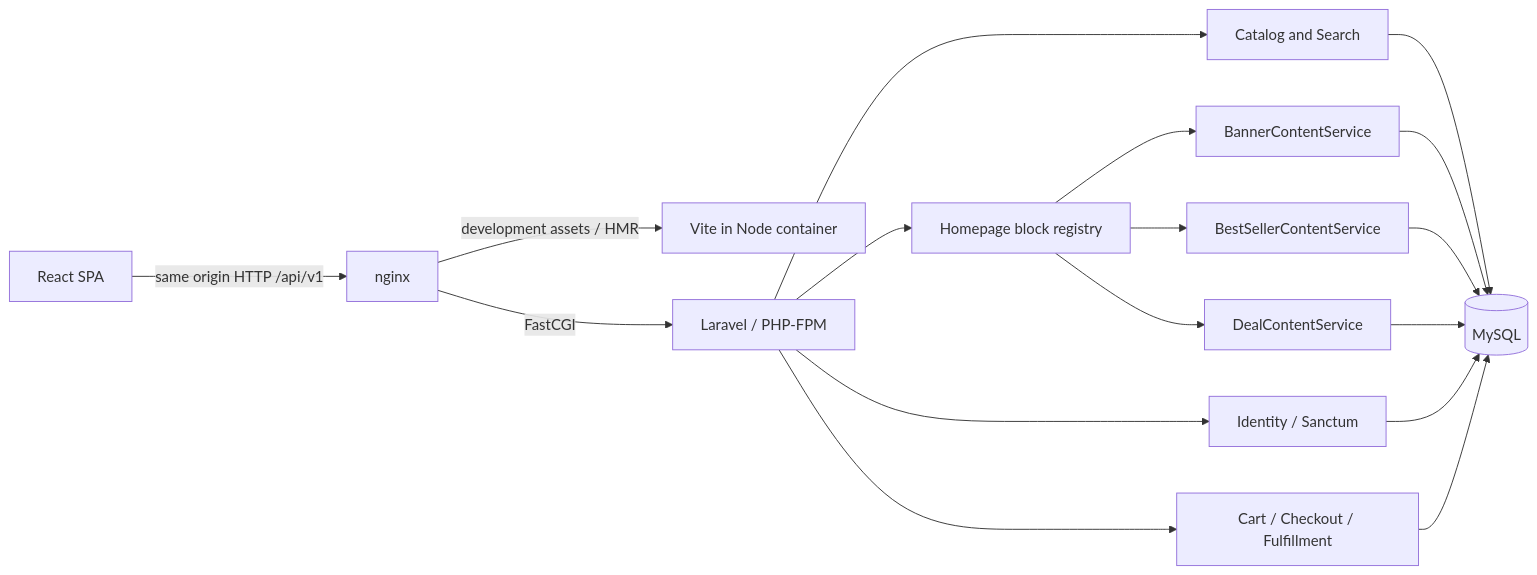
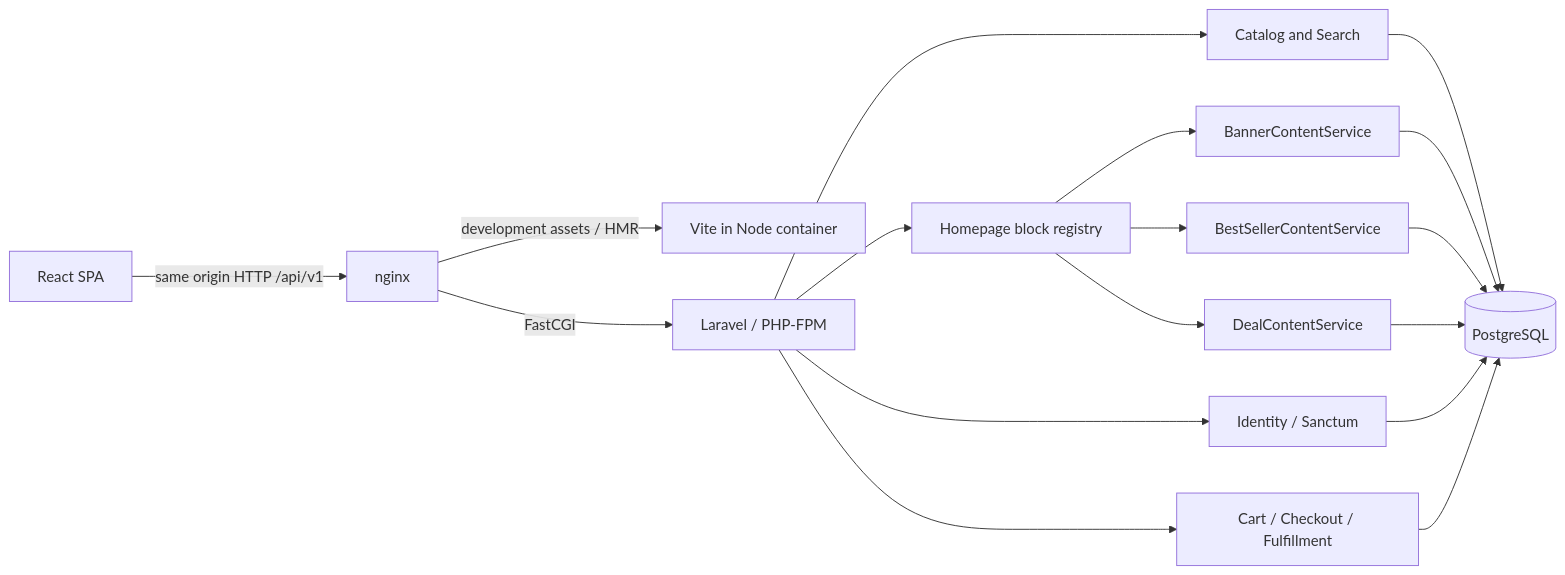
The diagram in docs/architecture.md (Ankitbajgain/eneba), drawn with Mermaid before and after one commit. The commit also changed other lines of this file and 58 other files, not shown here.

````diff
--- a/docs/architecture.md
+++ b/docs/architecture.md
@@ -7,19 +7,19 @@
 ```mermaid
 flowchart LR
   Browser[React SPA] -->|same origin HTTP /api/v1| N[nginx]
   N -->|development assets / HMR| V[Vite in Node container]
   N -->|FastCGI| L[Laravel / PHP-FPM]
   L --> C[Catalog and Search]
   L --> H[Homepage block registry]
   H --> B[BannerContentService]
   H --> S[BestSellerContentService]
   H --> D[DealContentService]
   L --> A[Identity / Sanctum]
   L --> O[Cart / Checkout / Fulfillment]
-  C --> DB[(MySQL)]
+  C --> DB[(PostgreSQL)]
   B --> DB
   S --> DB
   D --> DB
   A --> DB
   O --> DB
 ```
````
